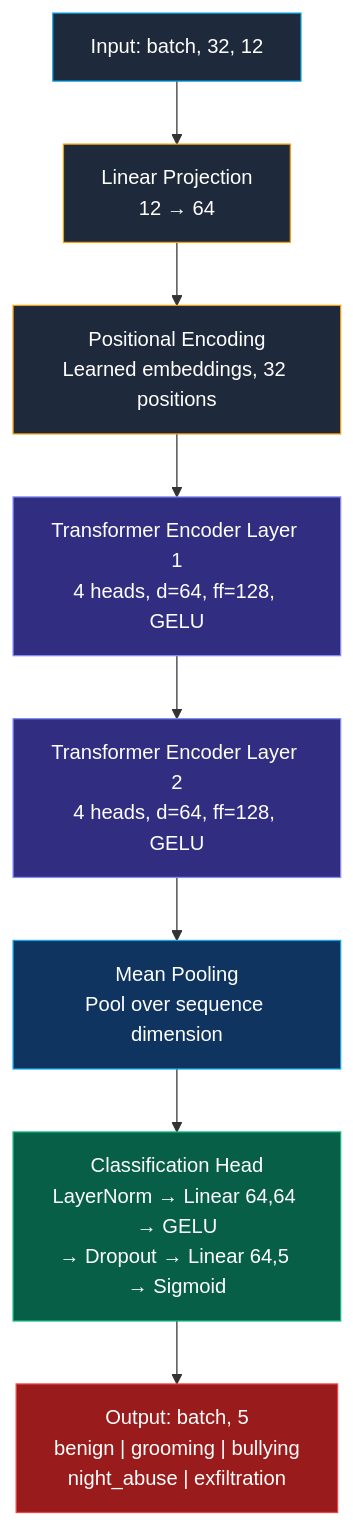
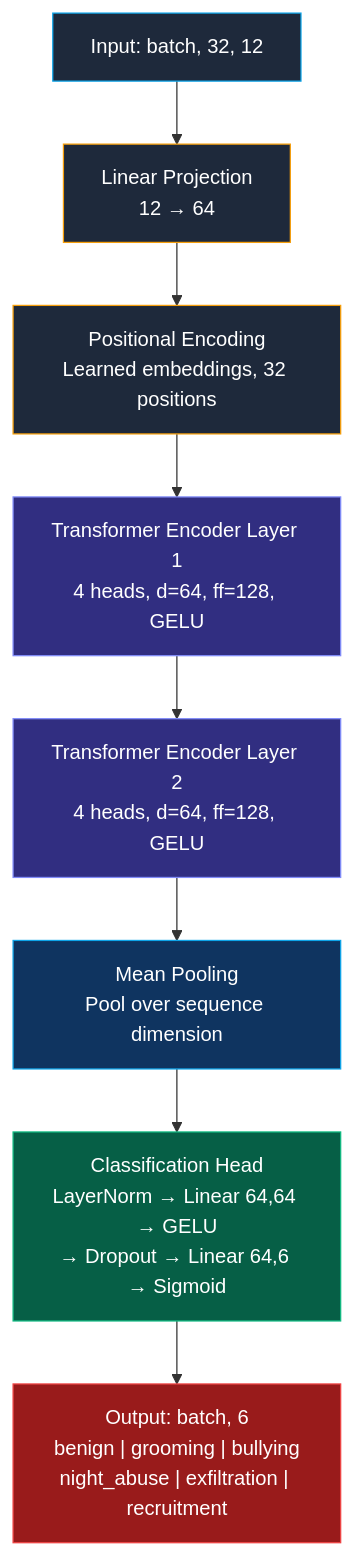
The third of 3 diagrams in ARCHITECTURE.md (startuplab-mx/HCKMX26-1776640402), drawn with Mermaid before and after one commit. The commit also changed other lines of this file and 1 other file, not shown here.

Commit message:
docs: update README and ARCHITECTURE with recruitment risk category and academic references

````diff
--- a/ARCHITECTURE.md
+++ b/ARCHITECTURE.md
@@ -382,19 +419,19 @@
 ```mermaid
 graph TD
     INPUT["Input: batch, 32, 12"] --> PROJ["Linear Projection\n12 → 64"]
     PROJ --> POS["Positional Encoding\nLearned embeddings, 32 positions"]
     POS --> ENC1["Transformer Encoder Layer 1\n4 heads, d=64, ff=128, GELU"]
     ENC1 --> ENC2["Transformer Encoder Layer 2\n4 heads, d=64, ff=128, GELU"]
     ENC2 --> POOL["Mean Pooling\nPool over sequence dimension"]
-    POOL --> CLS["Classification Head\nLayerNorm → Linear 64,64 → GELU\n→ Dropout → Linear 64,5 → Sigmoid"]
-    CLS --> OUT["Output: batch, 5\nbenign | grooming | bullying\nnight_abuse | exfiltration"]
+    POOL --> CLS["Classification Head\nLayerNorm → Linear 64,64 → GELU\n→ Dropout → Linear 64,6 → Sigmoid"]
+    CLS --> OUT["Output: batch, 6\nbenign | grooming | bullying\nnight_abuse | exfiltration | recruitment"]
 
     style INPUT fill:#1e293b,stroke:#0ea5e9,color:#fff
     style PROJ fill:#1e293b,stroke:#f59e0b,color:#fff
     style POS fill:#1e293b,stroke:#f59e0b,color:#fff
     style ENC1 fill:#312e81,stroke:#818cf8,color:#fff
     style ENC2 fill:#312e81,stroke:#818cf8,color:#fff
     style POOL fill:#0f3460,stroke:#0ea5e9,color:#fff
     style CLS fill:#065f46,stroke:#10b981,color:#fff
     style OUT fill:#991b1b,stroke:#ef4444,color:#fff
 ```
````
